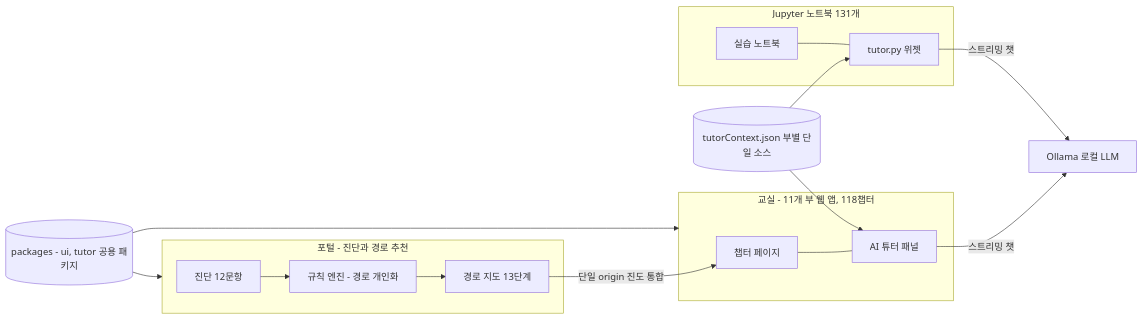
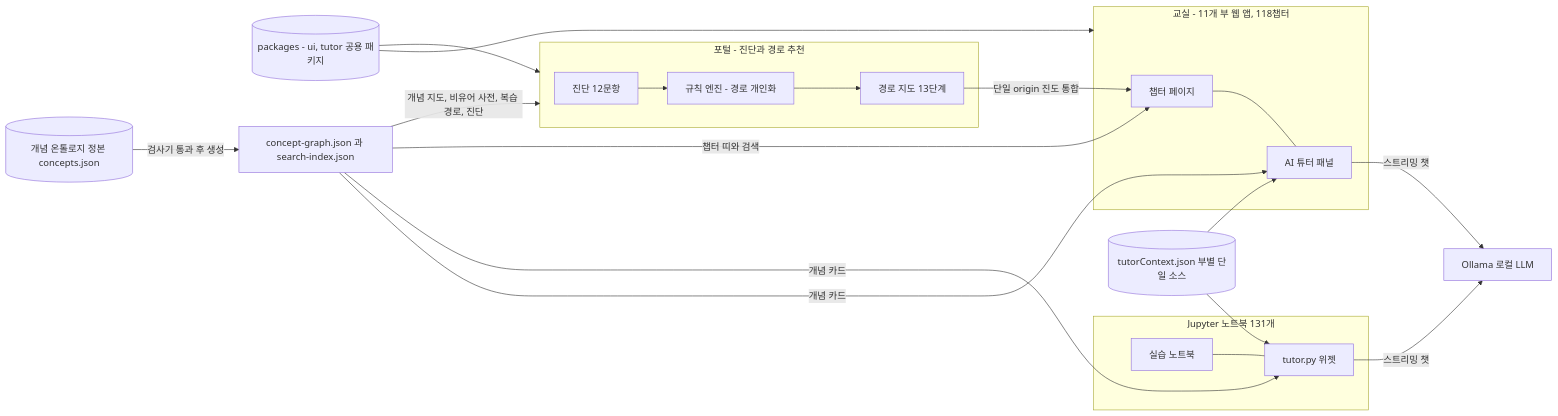
The diagram in docs/hackathon/10_spec.md (jiyupapa/math-platform), drawn with Mermaid before and after one commit. The commit also changed other lines of this file and 39 other files, not shown here.

````diff
--- a/docs/hackathon/10_spec.md
+++ b/docs/hackathon/10_spec.md
@@ -81,20 +93,25 @@
 ```mermaid
 flowchart LR
     subgraph PORTAL[포털 - 진단과 경로 추천]
         DG[진단 12문항] --> RE[규칙 엔진 - 경로 개인화]
         RE --> MAP[경로 지도 13단계]
     end
     subgraph PARTS[교실 - 11개 부 웹 앱, 118챕터]
         CH[챕터 페이지] --- TC[AI 튜터 패널]
     end
     subgraph NB[Jupyter 노트북 131개]
         IPY[실습 노트북] --- TP[tutor.py 위젯]
     end
     UI[(packages - ui, tutor 공용 패키지)] --> PARTS
     UI --> PORTAL
     MAP -->|단일 origin 진도 통합| CH
     CTX[(tutorContext.json 부별 단일 소스)] --> TC
     CTX --> TP
+    ONT[(개념 온톨로지 정본 concepts.json)] -->|검사기 통과 후 생성| GR[concept-graph.json 과 search-index.json]
+    GR -->|개념 카드| TC
+    GR -->|개념 카드| TP
+    GR -->|챕터 띠와 검색| CH
+    GR -->|개념 지도, 비유어 사전, 복습 경로, 진단| PORTAL
     TC -->|스트리밍 챗| OL[Ollama 로컬 LLM]
     TP -->|스트리밍 챗| OL
 ```
````
